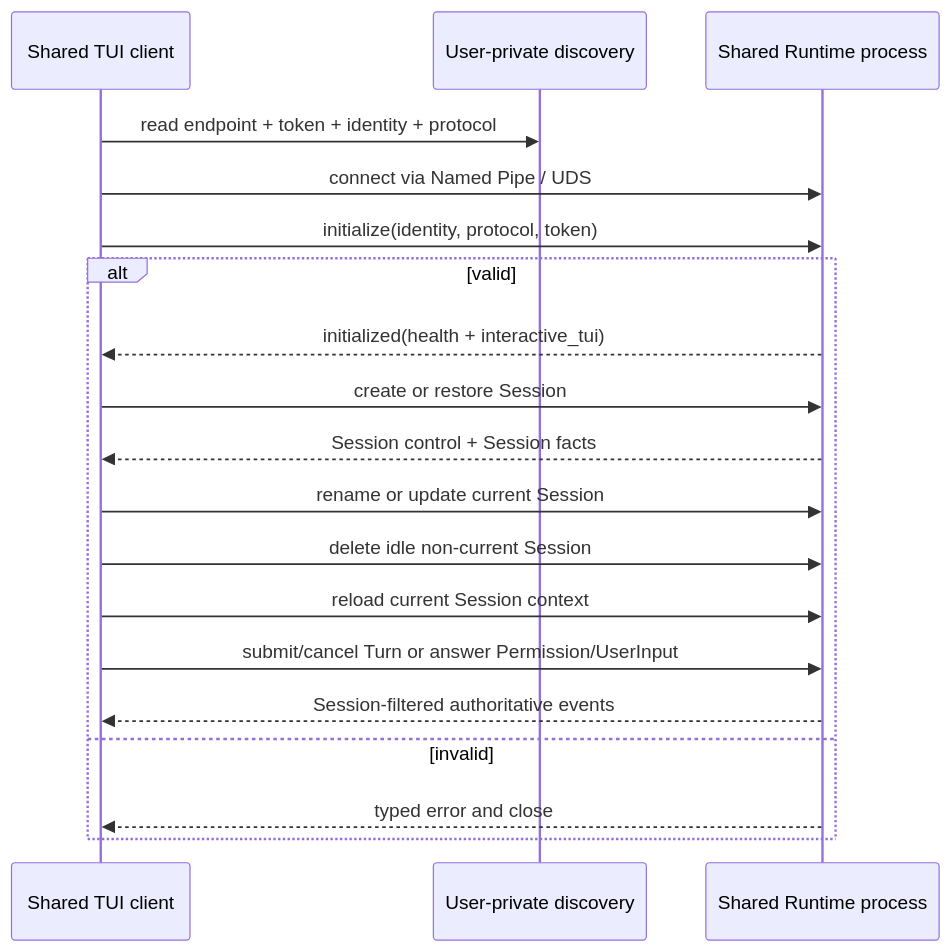
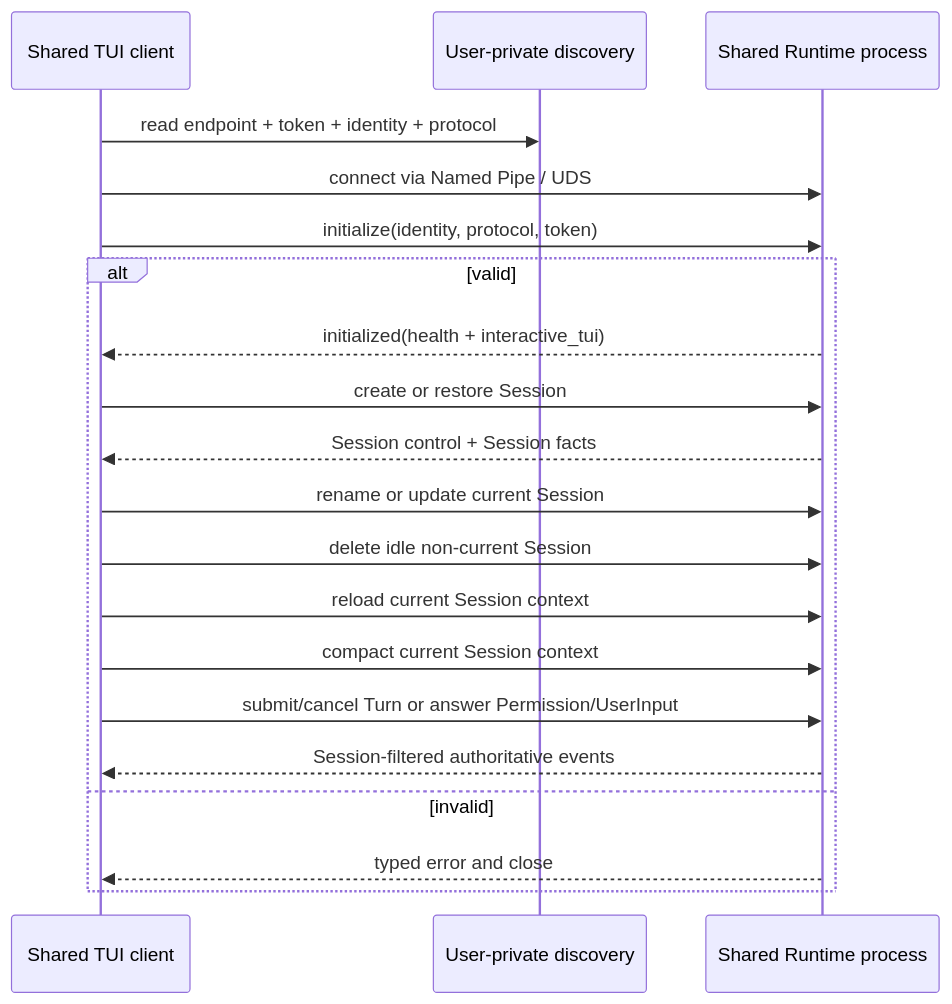
The seventh of 13 diagrams in docs/architecture/agent-runtime-deployment-design.md (1688mengdie/BitFun), drawn with Mermaid before and after one commit. The commit also changed other lines of this file and 36 other files, not shown here.

Commit message:
feat(cli): add TUI session controls and context compaction

````diff
--- a/docs/architecture/agent-runtime-deployment-design.md
+++ b/docs/architecture/agent-runtime-deployment-design.md
@@ -186,22 +186,23 @@
 ```mermaid
 sequenceDiagram
   participant C as Shared TUI client
   participant D as User-private discovery
   participant S as Shared Runtime process
 
   C->>D: read endpoint + token + identity + protocol
   C->>S: connect via Named Pipe / UDS
   C->>S: initialize(identity, protocol, token)
   alt valid
     S-->>C: initialized(health + interactive_tui)
     C->>S: create or restore Session
     S-->>C: Session control + Session facts
     C->>S: rename or update current Session
     C->>S: delete idle non-current Session
     C->>S: reload current Session context
+    C->>S: compact current Session context
     C->>S: submit/cancel Turn or answer Permission/UserInput
     S-->>C: Session-filtered authoritative events
   else invalid
     S-->>C: typed error and close
   end
 ```
````
